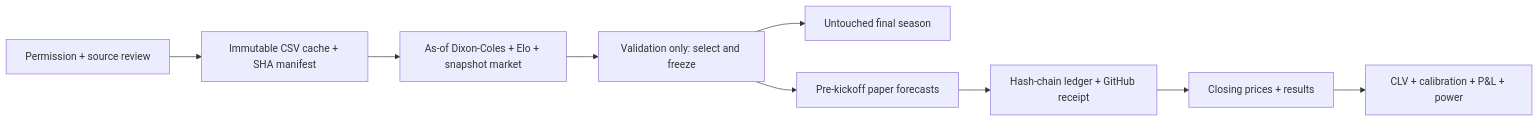
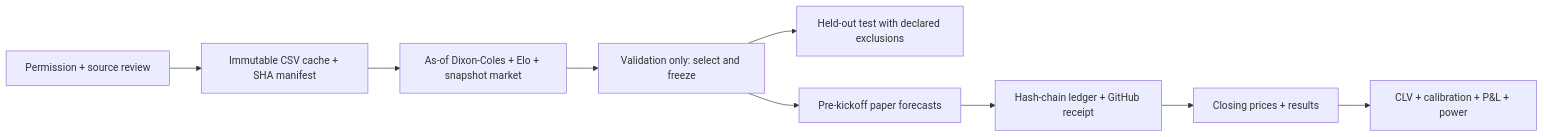
One commit to ncoprod/closing-line-lab changed the diagram in README.md. Above: the diagram before and after it, drawn with Mermaid. The commit also changed other lines of this file and 6 other files, not shown here.

````diff
--- a/README.md
+++ b/README.md
@@ -26,11 +26,11 @@
 ```mermaid
 flowchart LR
   A[Permission + source review] --> B[Immutable CSV cache + SHA manifest]
   B --> C[As-of Dixon-Coles + Elo + snapshot market]
   C --> D[Validation only: select and freeze]
-  D --> E[Untouched final season]
+  D --> E[Held-out test with declared exclusions]
   D --> F[Pre-kickoff paper forecasts]
   F --> G[Hash-chain ledger + GitHub receipt]
   G --> H[Closing prices + results]
   H --> I[CLV + calibration + P&L + power]
 ```
````
